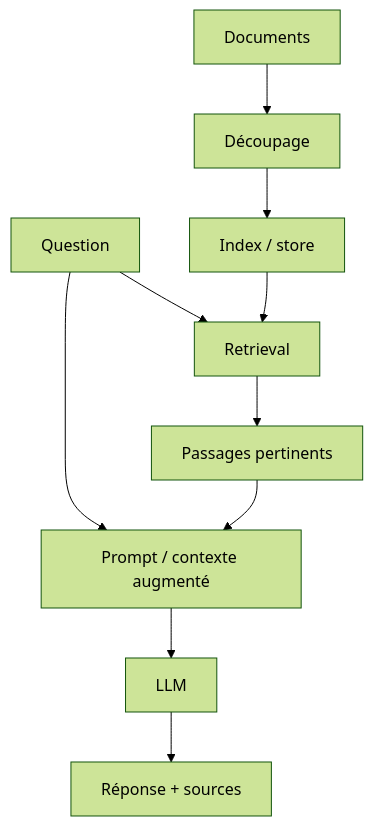
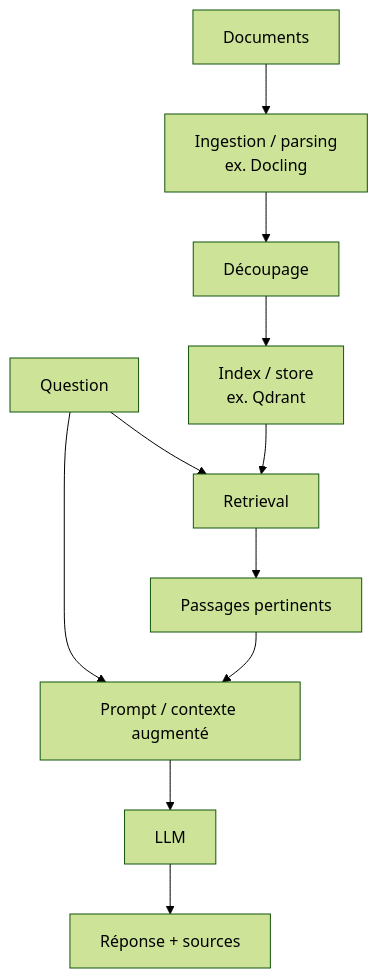
One commit to FTurleque/doc-utilisation-ia changed the second of 2 diagrams in docs/chapitre-7-rag/index.md. Above: the diagram before and after it, drawn with Mermaid (forest theme). The commit also changed other lines of this file, not shown here.

Commit message:
docs: integrate Docling into RAG chapter

````diff
--- a/docs/chapitre-7-rag/index.md
+++ b/docs/chapitre-7-rag/index.md
@@ -48,12 +50,13 @@
 ```mermaid
 graph TD
-    DOCS["Documents"] --> CHUNK["Découpage"]
-    CHUNK --> IDX["Index / store"]
+    DOCS["Documents"] --> ING["Ingestion / parsing\nex. Docling"]
+    ING --> CHUNK["Découpage"]
+    CHUNK --> IDX["Index / store\nex. Qdrant"]
     Q["Question"] --> RET["Retrieval"]
     IDX --> RET
     RET --> CTX["Passages pertinents"]
     Q --> AUG["Prompt / contexte augmenté"]
     CTX --> AUG
     AUG --> LLM["LLM"]
     LLM --> ANS["Réponse + sources"]
 ```
````
